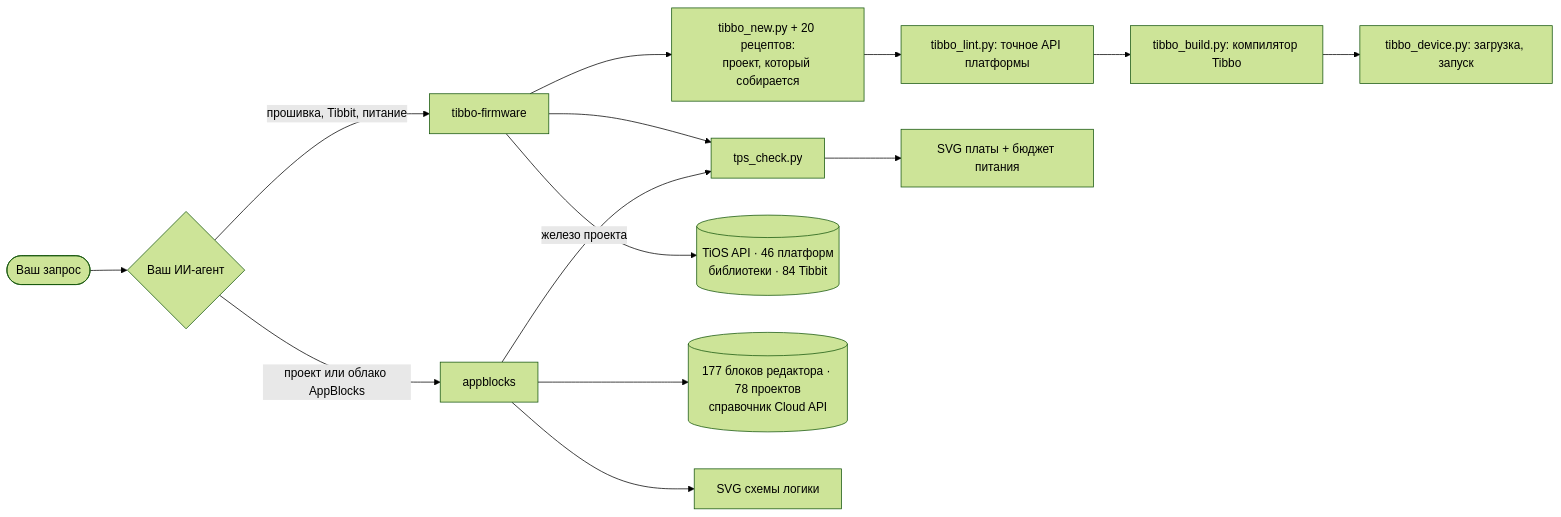
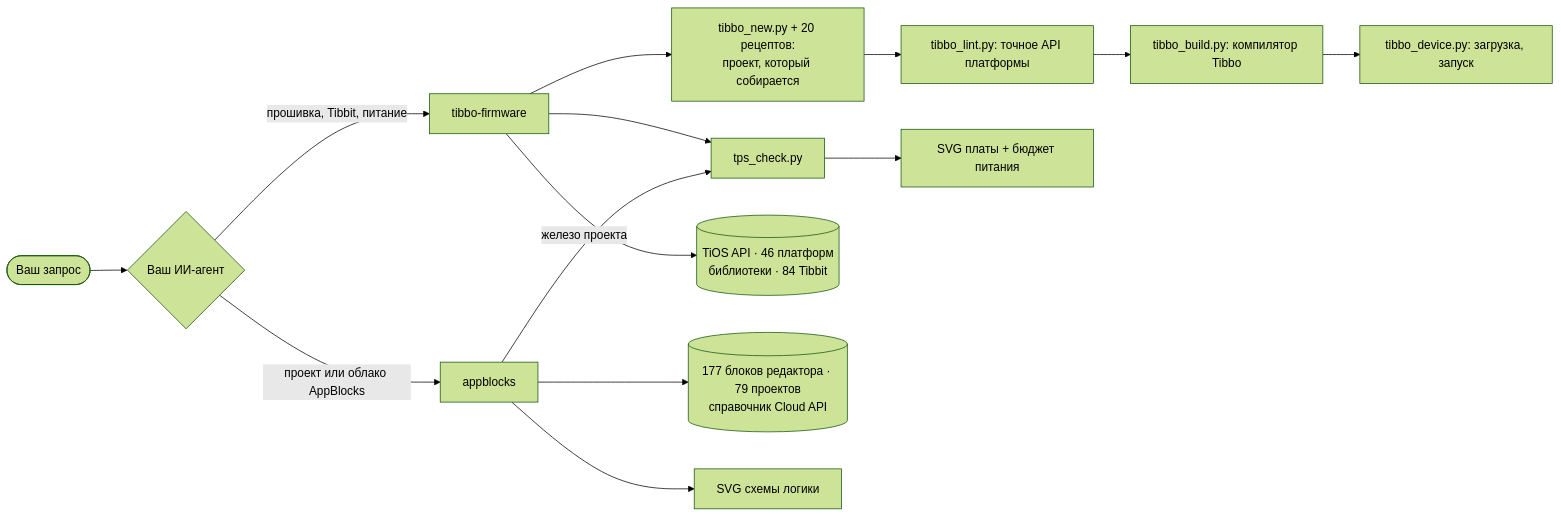
The diagram in README.ru.md (SCANCODE-IOT/tibbo-ai-skills), drawn with Mermaid (forest theme) before and after one commit. The commit also changed other lines of this file and 31 other files, not shown here.

````diff
--- a/README.ru.md
+++ b/README.ru.md
@@ -48,16 +48,16 @@
 ```mermaid
 flowchart LR
     U([Ваш запрос]) --> C{Ваш ИИ-агент}
     C -->|прошивка, Tibbit, питание| F[tibbo-firmware]
     C -->|проект или облако AppBlocks| A[appblocks]
     A -->|железо проекта| T[tps_check.py]
     F --> T
     F --> G[tibbo_new.py + 20 рецептов:<br/>проект, который собирается]
     G --> N[tibbo_lint.py: точное API платформы]
     N --> B[tibbo_build.py: компилятор Tibbo]
     B --> D[tibbo_device.py: загрузка, запуск]
     F --> R[(TiOS API · 46 платформ<br/>библиотеки · 84 Tibbit)]
-    A --> K[(177 блоков редактора · 78 проектов<br/>справочник Cloud API)]
+    A --> K[(177 блоков редактора · 79 проектов<br/>справочник Cloud API)]
     T --> S[SVG платы + бюджет питания]
     A --> L[SVG схемы логики]
 ```
````
